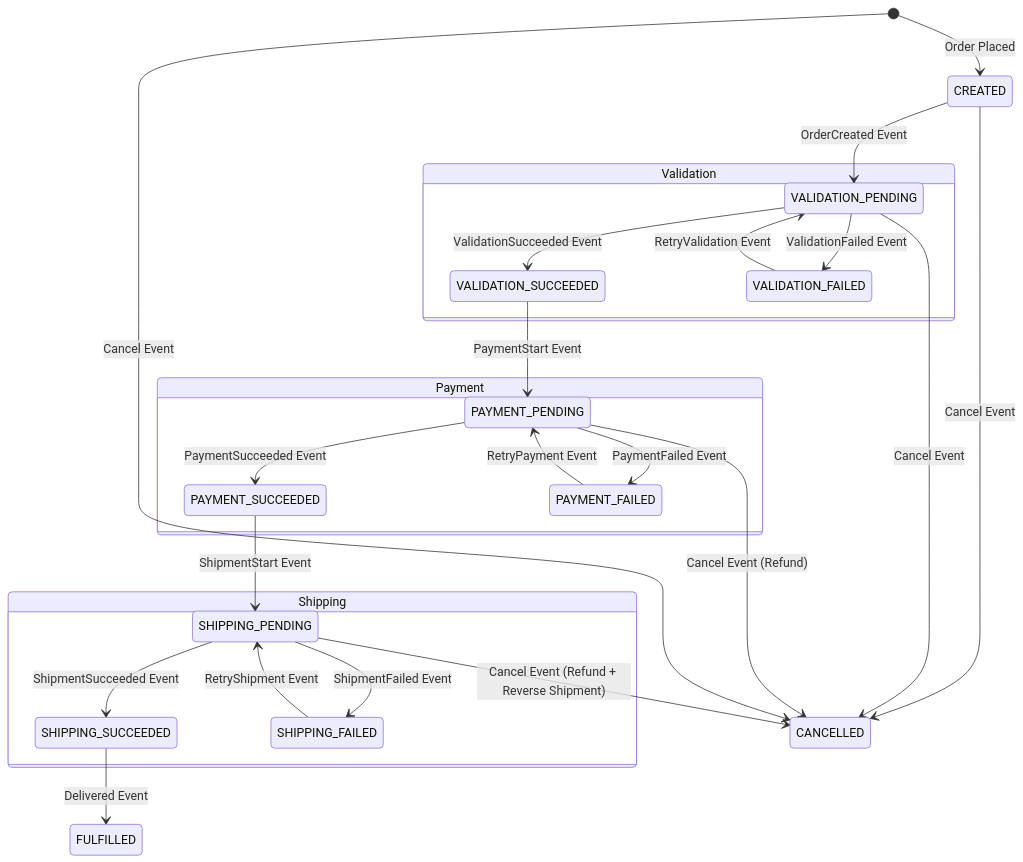
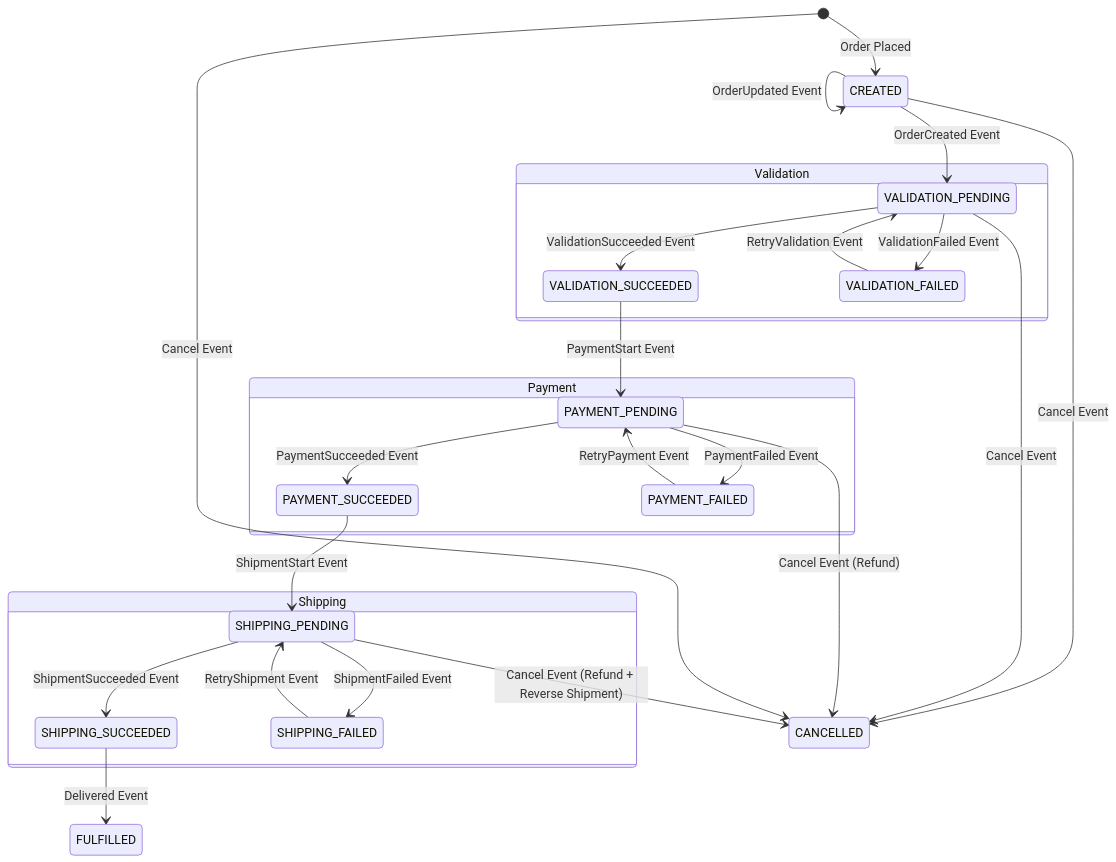
Before and after one commit to puitiza/ecommerce: the diagram in config/docs/order-state-machine.md, drawn with Mermaid. The commit also changed other lines of this file and 3 other files, not shown here.

````diff
--- a/config/docs/order-state-machine.md
+++ b/config/docs/order-state-machine.md
@@ -25,28 +29,29 @@
 ```mermaid
 stateDiagram-v2
     [*] --> CREATED: Order Placed
     CREATED --> VALIDATION_PENDING: OrderCreated Event
+    CREATED --> CREATED: OrderUpdated Event
     state Validation {
         VALIDATION_PENDING --> VALIDATION_SUCCEEDED: ValidationSucceeded Event
         VALIDATION_PENDING --> VALIDATION_FAILED: ValidationFailed Event
         VALIDATION_FAILED --> VALIDATION_PENDING: RetryValidation Event
     }
     VALIDATION_SUCCEEDED --> PAYMENT_PENDING: PaymentStart Event
     state Payment {
         PAYMENT_PENDING --> PAYMENT_SUCCEEDED: PaymentSucceeded Event
         PAYMENT_PENDING --> PAYMENT_FAILED: PaymentFailed Event
         PAYMENT_FAILED --> PAYMENT_PENDING: RetryPayment Event
     }
     PAYMENT_SUCCEEDED --> SHIPPING_PENDING: ShipmentStart Event
     state Shipping {
         SHIPPING_PENDING --> SHIPPING_SUCCEEDED: ShipmentSucceeded Event
         SHIPPING_PENDING --> SHIPPING_FAILED: ShipmentFailed Event
         SHIPPING_FAILED --> SHIPPING_PENDING: RetryShipment Event
     }
     SHIPPING_SUCCEEDED --> FULFILLED: Delivered Event
     CREATED --> CANCELLED: Cancel Event
     VALIDATION_PENDING --> CANCELLED: Cancel Event
     PAYMENT_PENDING --> CANCELLED: Cancel Event (Refund)
     SHIPPING_PENDING --> CANCELLED: Cancel Event (Refund + Reverse Shipment)
     [*] --> CANCELLED: Cancel Event
 ```
````
